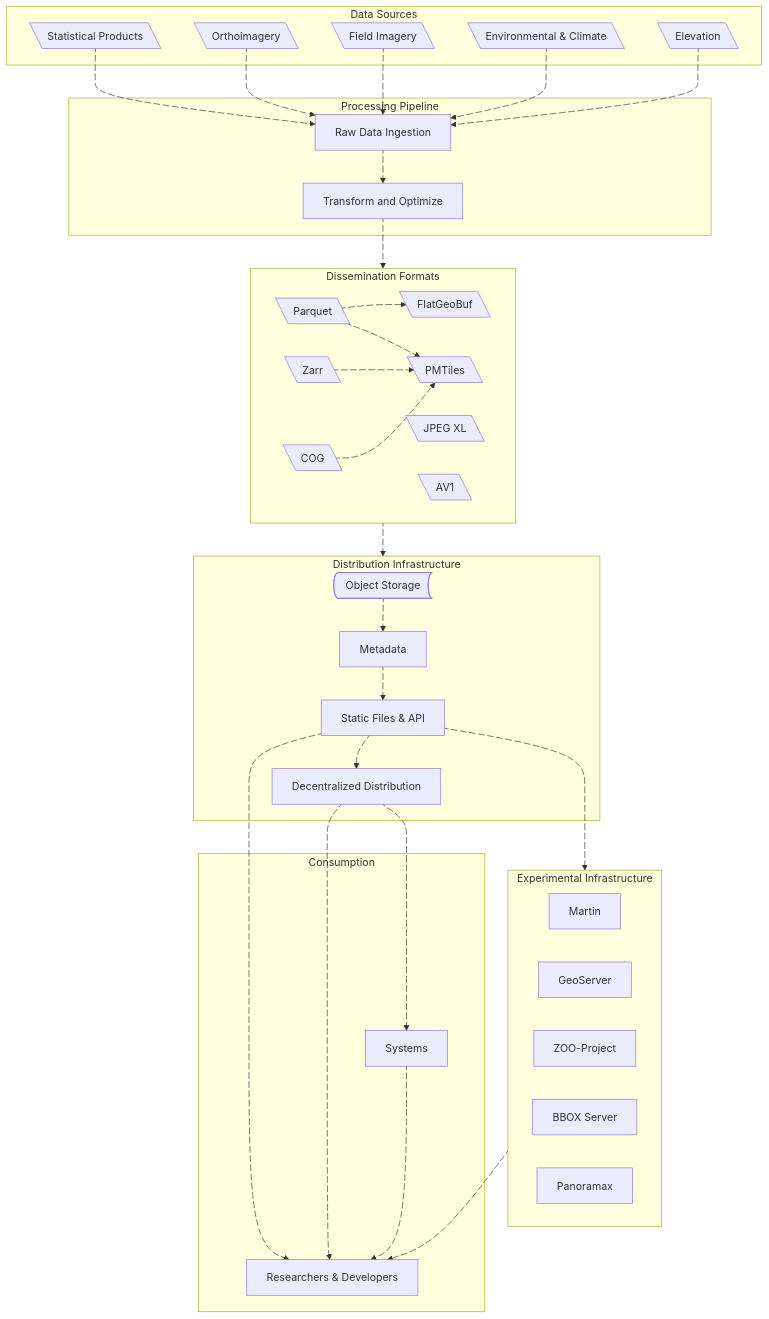
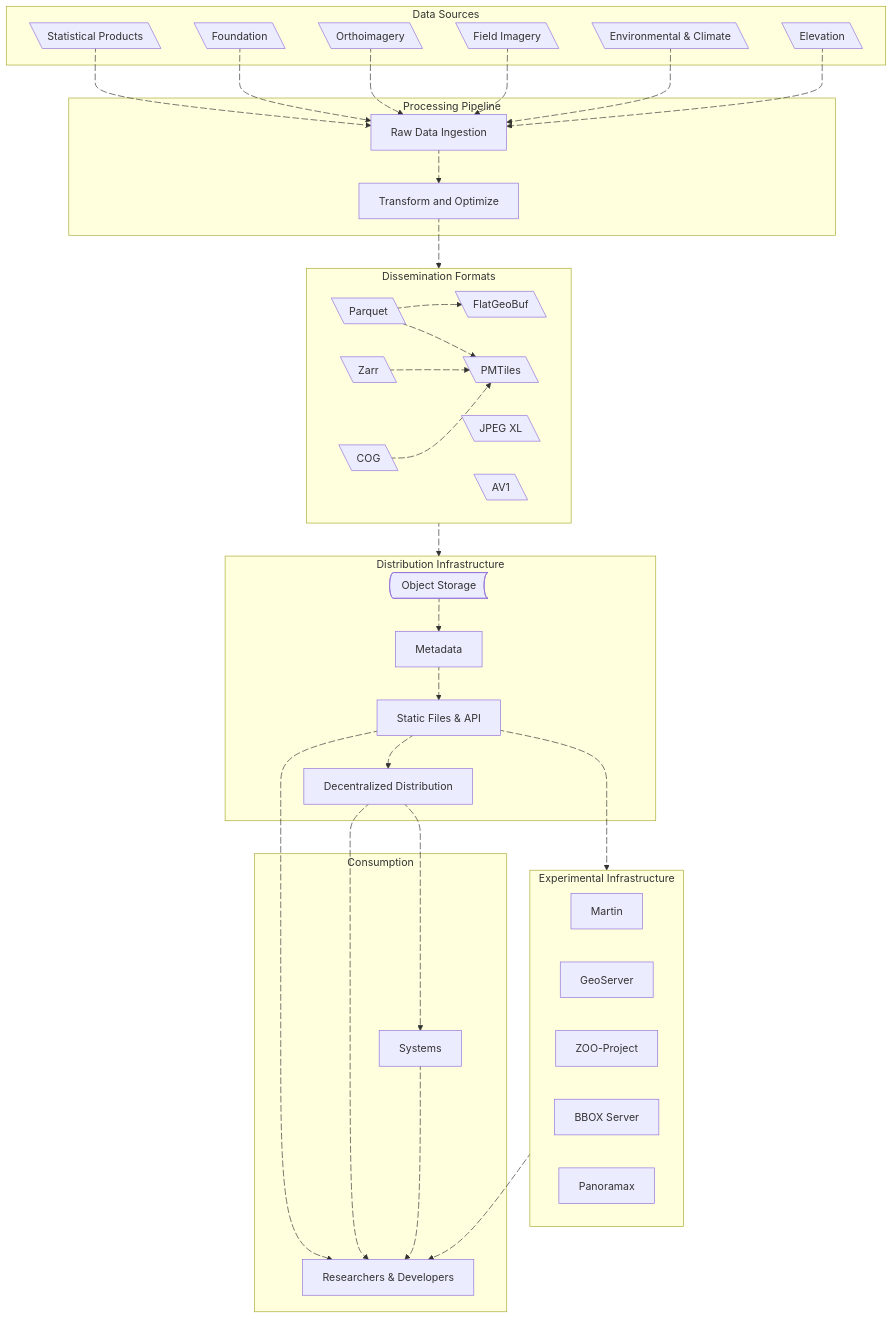
One commit to dataforcanada/www.dataforcanada.org changed the diagram in content/_index.md. Above: the diagram before and after it, drawn with Mermaid.

Commit message:
Add foundation data source (ex. buildings, roads, address points, etc) to high-level overview diagram on homepage

```diff
--- a/content/_index.md
+++ b/content/_index.md
@@ -24,6 +24,7 @@
 flowchart TD
     subgraph ds [Data Sources]
         StatProducts@{ shape: lean-l, label: "Statistical Products"}
+        Foundation@{ shape: lean-l, label: "Foundation"}
         Orthoimagery@{ shape: lean-l}
         FieldImagery@{ shape: lean-l, label: "Field Imagery"}
         Elevation@{ shape: lean-l}
@@ -68,6 +69,8 @@
     %% Relationships
     StatProducts a1@--> Raw
     a1@{animate: true, animation: slow}
+    Foundation a41@--> Raw
+    a41@{animate: true, animation: slow}
     Orthoimagery a2@--> Raw
     a2@{animate: true, animation: slow}
     FieldImagery a32@--> Raw
```
